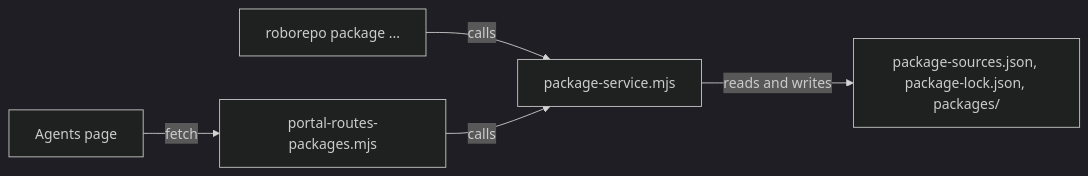
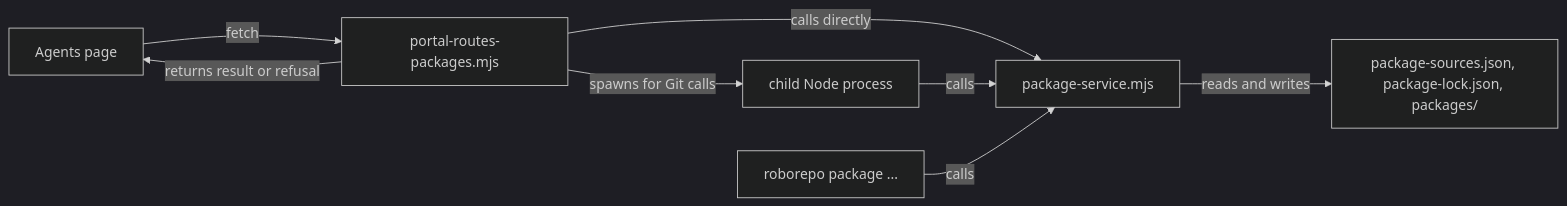
One commit to kirinmurphy/roborepo-alpha changed the diagram in plans/backlog/packages-sources-in-portal.md. Above: the diagram before and after it, drawn with Mermaid (dark theme). The commit also changed other lines of this file, not shown here.

````diff
--- a/plans/backlog/packages-sources-in-portal.md
+++ b/plans/backlog/packages-sources-in-portal.md
@@ -107,7 +142,10 @@
 ```mermaid
 flowchart LR
   page[Agents page] -->|fetch| routes[portal-routes-packages.mjs]
-  cli[roborepo package ...] -->|calls| service[package-service.mjs]
-  routes -->|calls| service
+  routes -->|calls directly| service[package-service.mjs]
+  routes -->|spawns for Git calls| runner[child Node process]
+  runner -->|calls| service
+  routes -->|returns result or refusal| page
+  cli[roborepo package ...] -->|calls| service
   service -->|reads and writes| state[package-sources.json, package-lock.json, packages/]
 ```
````
